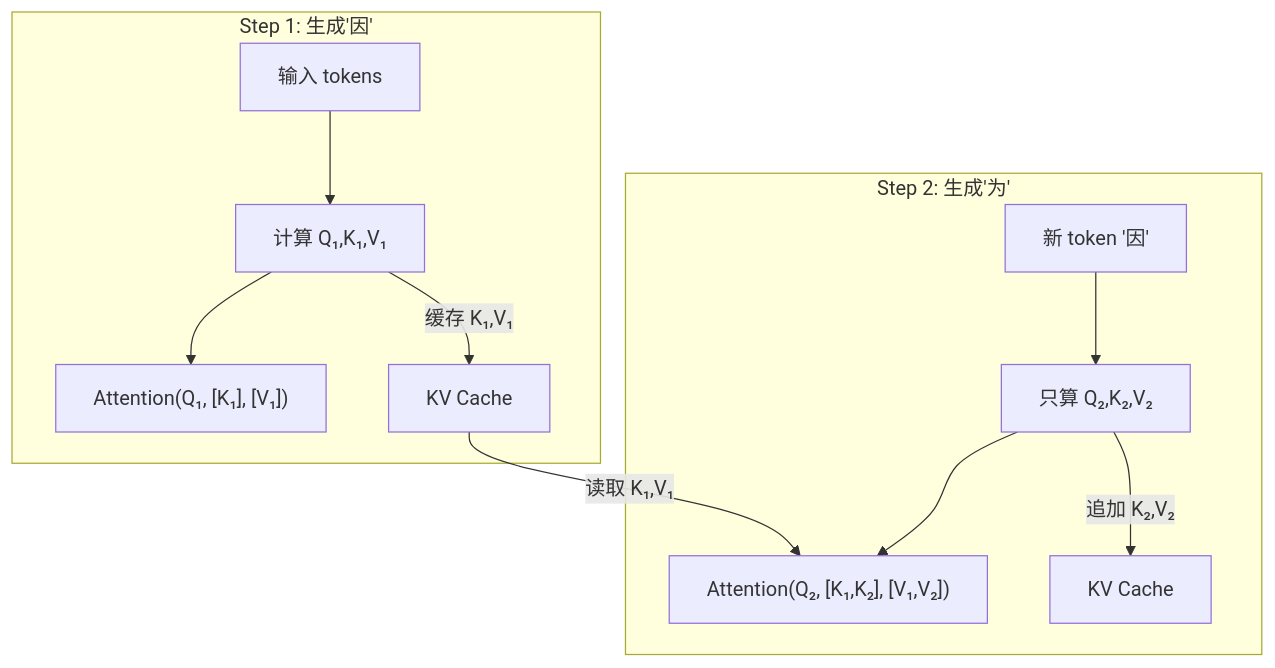
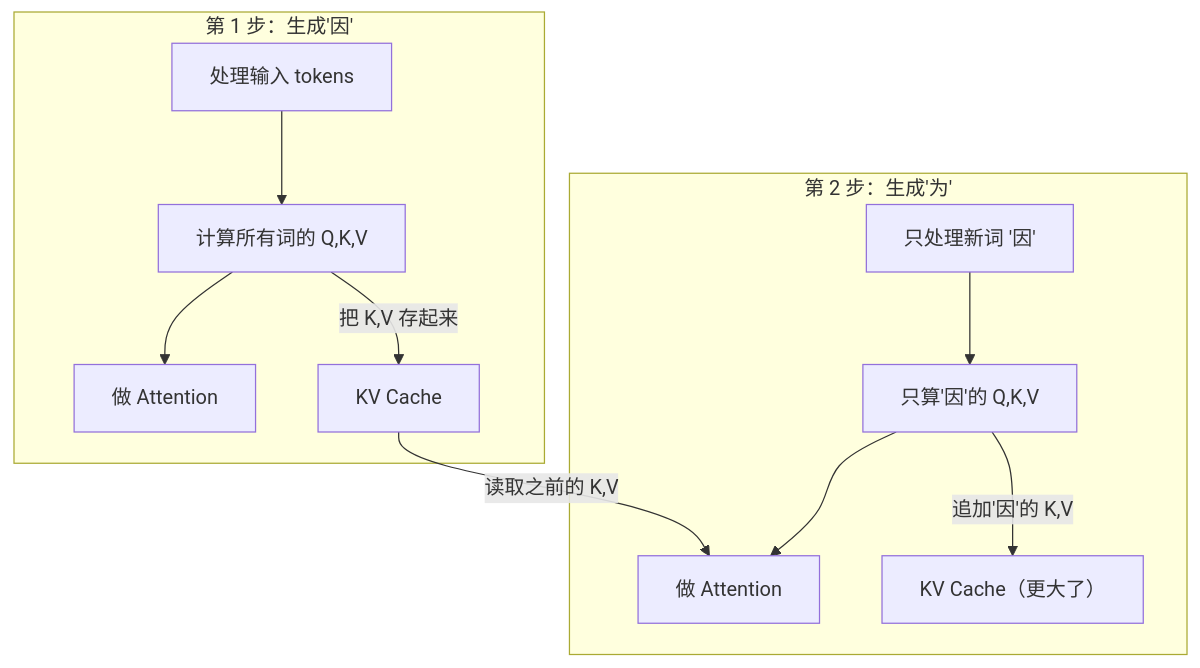
The fourth of 9 diagrams in AI/00-从一个问题的旅程看AI全貌.md (pillarliang/study-notes), drawn with Mermaid before and after one commit. The commit also changed other lines of this file and 9 other files, not shown here.

````diff
--- a/AI/00-从一个问题的旅程看AI全貌.md
+++ b/AI/00-从一个问题的旅程看AI全貌.md
@@ -670,14 +524,14 @@
 ```mermaid
 flowchart TD
-    subgraph Step1["Step 1: 生成'因'"]
-        A1["输入 tokens"] --> QKV1["计算 Q₁,K₁,V₁"]
-        QKV1 --> ATT1["Attention(Q₁, [K₁], [V₁])"]
-        QKV1 -->|"缓存 K₁,V₁"| Cache1["KV Cache"]
+    subgraph Step1["第 1 步：生成'因'"]
+        A1["处理输入 tokens"] --> QKV1["计算所有词的 Q,K,V"]
+        QKV1 --> ATT1["做 Attention"]
+        QKV1 -->|"把 K,V 存起来"| Cache1["KV Cache"]
     end
-    subgraph Step2["Step 2: 生成'为'"]
-        A2["新 token '因'"] --> QKV2["只算 Q₂,K₂,V₂"]
-        Cache1 -->|"读取 K₁,V₁"| ATT2["Attention(Q₂, [K₁,K₂], [V₁,V₂])"]
+    subgraph Step2["第 2 步：生成'为'"]
+        A2["只处理新词 '因'"] --> QKV2["只算'因'的 Q,K,V"]
+        Cache1 -->|"读取之前的 K,V"| ATT2["做 Attention"]
         QKV2 --> ATT2
-        QKV2 -->|"追加 K₂,V₂"| Cache2["KV Cache"]
+        QKV2 -->|"追加'因'的 K,V"| Cache2["KV Cache（更大了）"]
     end
 ```
````
